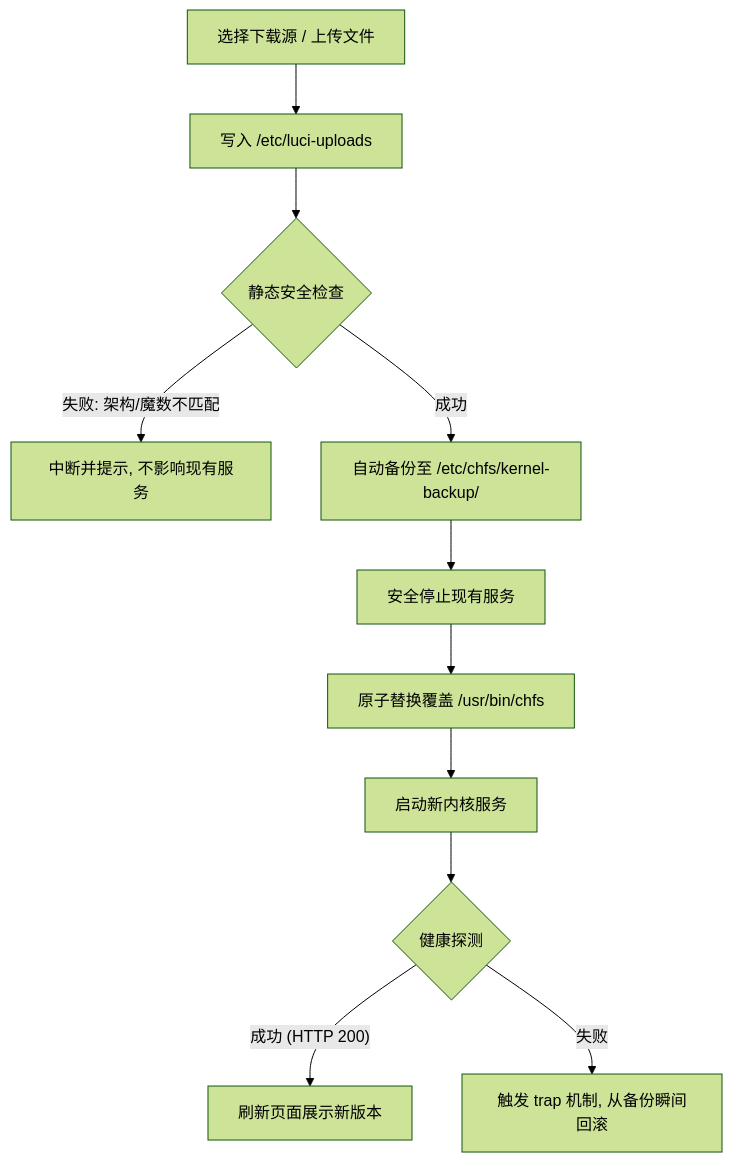
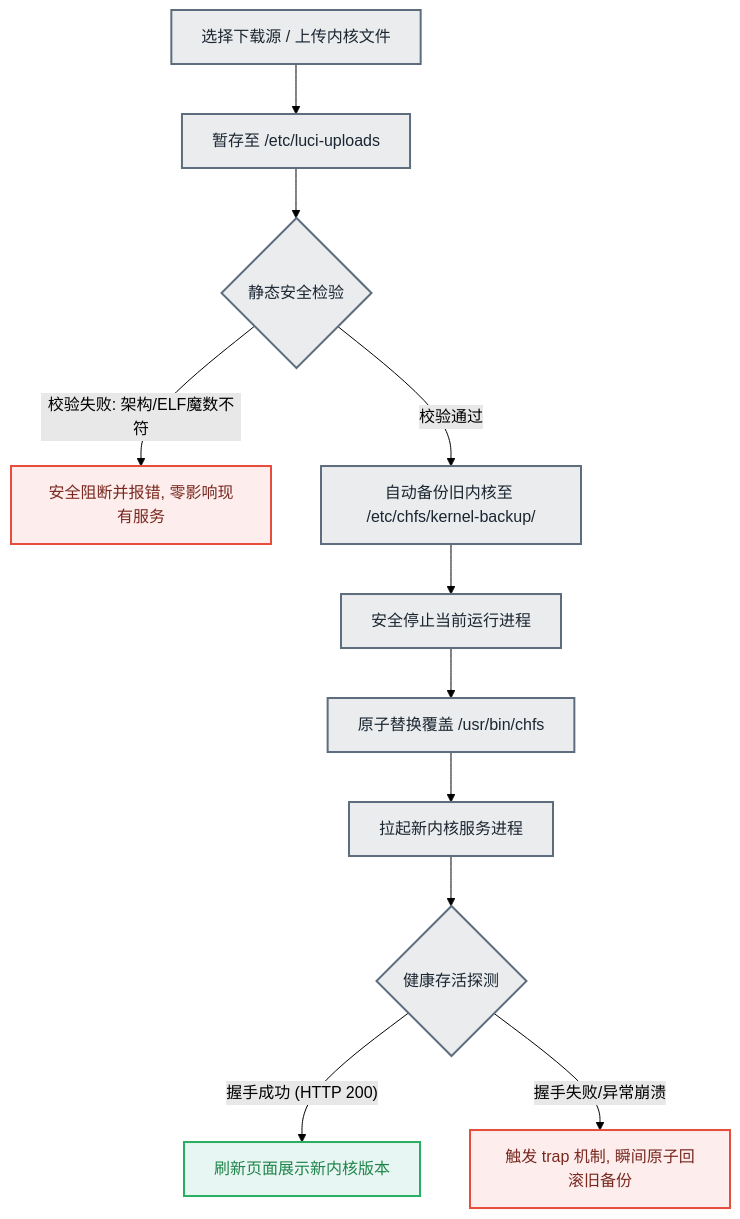
One commit to LianXia233/luci-app-chfs changed the diagram in README.md. Above: the diagram before and after it, drawn with Mermaid (forest theme). The commit also changed other lines of this file, not shown here.

````diff
--- a/README.md
+++ b/README.md
@@ -167,14 +157,21 @@
 ```mermaid
 graph TD
-    A[选择下载源 / 上传文件] --> B[写入 /etc/luci-uploads]
-    B --> C{静态安全检查}
-    C -- 失败: 架构/魔数不匹配 --> D[中断并提示, 不影响现有服务]
-    C -- 成功 --> E[自动备份至 /etc/chfs/kernel-backup/]
-    E --> F[安全停止现有服务]
+    A[选择下载源 / 上传内核文件] --> B[暂存至 /etc/luci-uploads]
+    B --> C{静态安全检验}
+    C -- 校验失败: 架构/ELF魔数不符 --> D[安全阻断并报错, 零影响现有服务]
+    C -- 校验通过 --> E[自动备份旧内核至 /etc/chfs/kernel-backup/]
+    E --> F[安全停止当前运行进程]
     F --> G[原子替换覆盖 /usr/bin/chfs]
-    G --> H[启动新内核服务]
-    H --> I{健康探测}
-    I -- 成功 (HTTP 200) --> J[刷新页面展示新版本]
-    I -- 失败 --> K[触发 trap 机制, 从备份瞬间回滚]
+    G --> H[拉起新内核服务进程]
+    H --> I{健康存活探测}
+    I -- 握手成功 (HTTP 200) --> J[刷新页面展示新内核版本]
+    I -- 握手失败/异常崩溃 --> K[触发 trap 机制, 瞬间原子回滚旧备份]
 
+    classDef ok fill:#E8F6F3,stroke:#27AE60,stroke-width:2px,color:#1E8449;
+    classDef err fill:#FDEDEC,stroke:#E74C3C,stroke-width:2px,color:#78281F;
+    classDef step fill:#EAECEE,stroke:#5D6D7E,stroke-width:2px,color:#1B2631;
+
+    class J ok;
+    class D,K err;
+    class A,B,C,E,F,G,H,I step;
 ```
````
